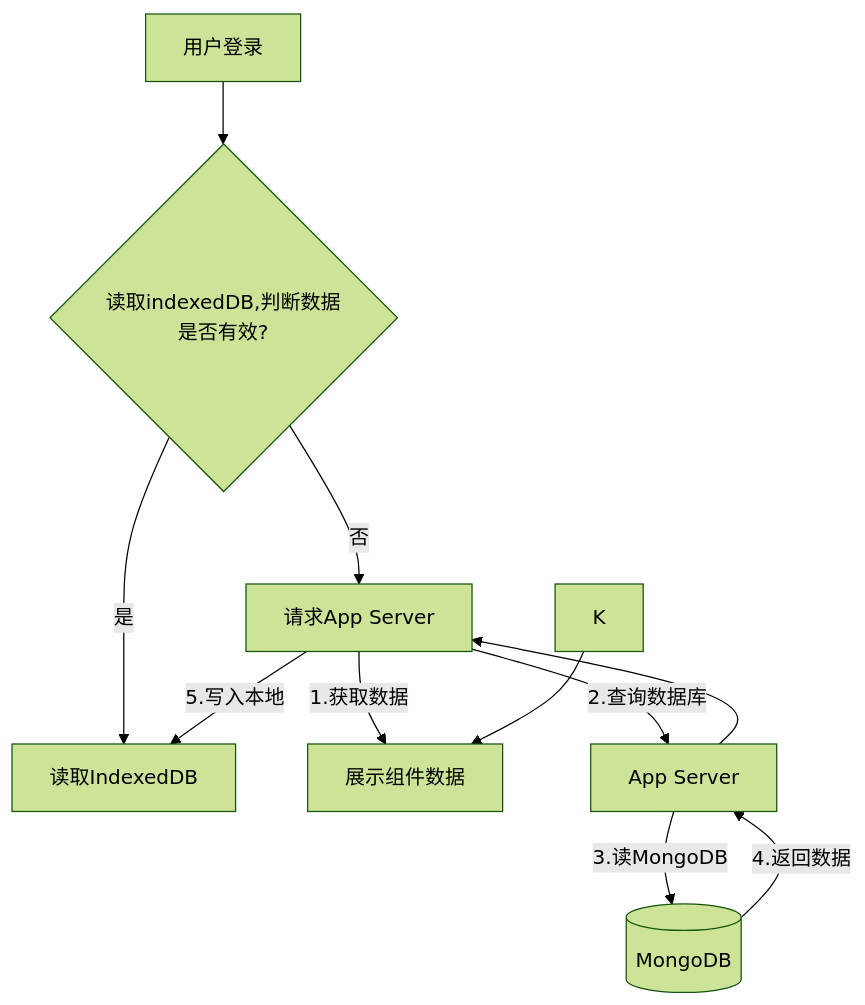
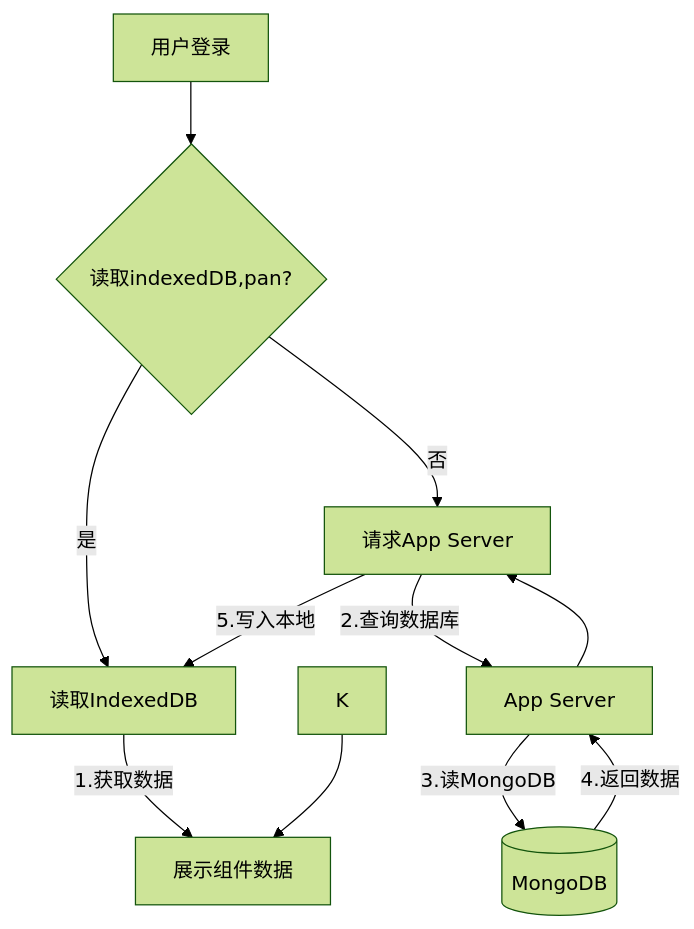
The diagram in all/未命名-22.md (yingjianzh/iodraw-files), drawn with Mermaid (forest theme) before and after one commit.

Commit message:
2025-02-18 16:08:14 update

````diff
--- a/all/未命名-22.md
+++ b/all/未命名-22.md
@@ -1,12 +1,12 @@
 ```mermaid
 graph TD
-    A[用户登录] --> B{读取indexedDB,判断数据是否有效?}
+    A[用户登录] --> B{读取indexedDB,pan?}
     B -->|是| C[读取IndexedDB]
     B -->|否| D[请求App Server]
-     -->|1.获取数据| E[展示组件数据]
+    C -->|1.获取数据| E[展示组件数据]
     D -->|2.查询数据库| F[App Server]
     F -->|3.读MongoDB| G[(MongoDB)]
     G -->|4.返回数据| F --> D
     D -->|5.写入本地| C
     K --> E
 ```
````
